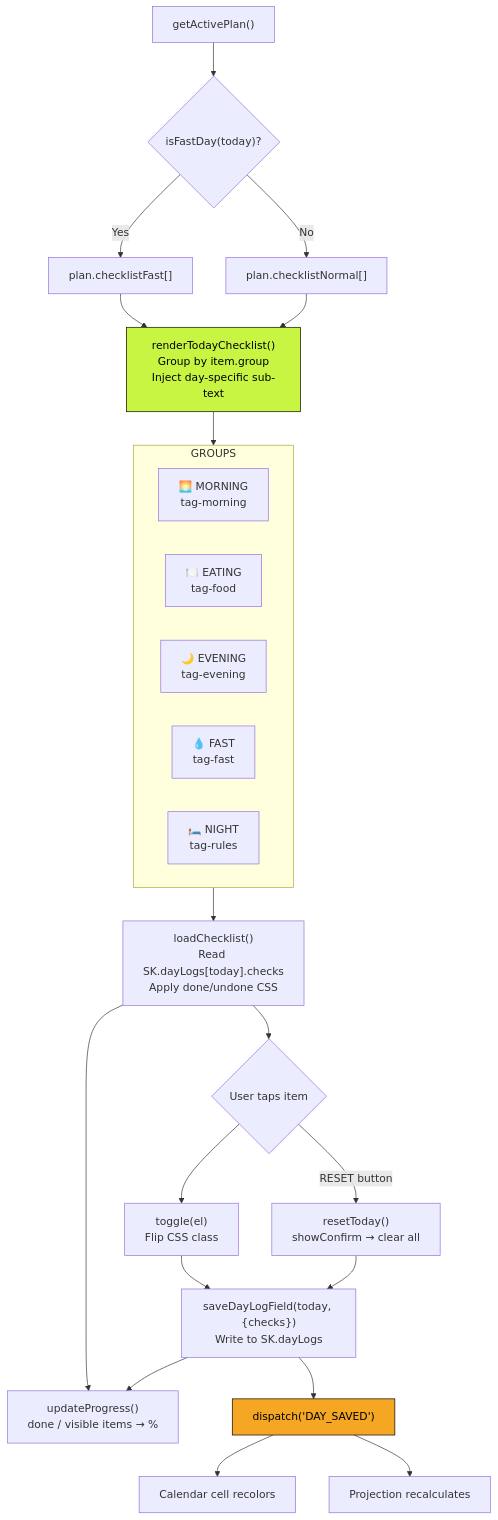
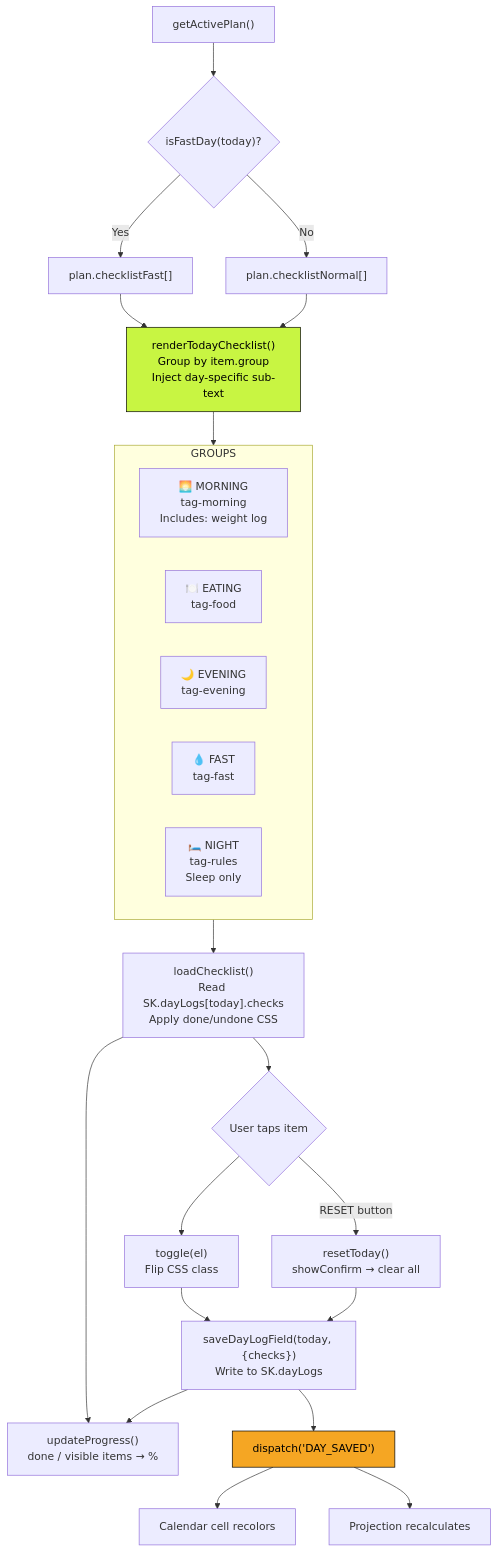
One commit to HIRAKHANJI/protocol-health changed the seventh of 19 diagrams in ARCHITECTURE.md. Above: the diagram before and after it, drawn with Mermaid. The commit also changed other lines of this file and 1 other file, not shown here.

First line of the commit message:
fix: goal calculator supports bulk/maintenance, radar visibility, weight log placement (v1.10.0)

````diff
--- a/ARCHITECTURE.md
+++ b/ARCHITECTURE.md
@@ -273,39 +273,39 @@
 ```mermaid
 flowchart TD
     PLAN["getActivePlan()"] --> FAST_CHECK{"isFastDay(today)?"}
 
     FAST_CHECK -->|"Yes"| FAST_LIST["plan.checklistFast[]"]
     FAST_CHECK -->|"No"| NORMAL_LIST["plan.checklistNormal[]"]
 
     FAST_LIST --> RENDER
     NORMAL_LIST --> RENDER
 
     RENDER["renderTodayChecklist()<br/>Group by item.group<br/>Inject day-specific sub-text"]
 
     RENDER --> GROUPS["Checklist Groups"]
     subgraph GROUPS
-        G1["🌅 MORNING<br/>tag-morning"]
+        G1["🌅 MORNING<br/>tag-morning<br/>Includes: weight log"]
         G2["🍽️ EATING<br/>tag-food"]
         G3["🌙 EVENING<br/>tag-evening"]
         G4["💧 FAST<br/>tag-fast"]
-        G5["🛏️ NIGHT<br/>tag-rules"]
+        G5["🛏️ NIGHT<br/>tag-rules<br/>Sleep only"]
     end
 
     GROUPS --> LOAD["loadChecklist()<br/>Read SK.dayLogs[today].checks<br/>Apply done/undone CSS"]
 
     LOAD --> PROGRESS["updateProgress()<br/>done / visible items → %"]
 
     LOAD --> USER_TAP{"User taps item"}
     USER_TAP --> TOGGLE["toggle(el)<br/>Flip CSS class"]
     TOGGLE --> SAVE["saveDayLogField(today, {checks})<br/>Write to SK.dayLogs"]
     SAVE --> PROGRESS
     SAVE --> DISPATCH["dispatch('DAY_SAVED')"]
     DISPATCH --> CALENDAR["Calendar cell recolors"]
     DISPATCH --> PROJECTION["Projection recalculates"]
 
     USER_TAP -->|"RESET button"| RESET["resetToday()<br/>showConfirm → clear all"]
     RESET --> SAVE
 
     style RENDER fill:#c8f542,stroke:#000,color:#000
     style DISPATCH fill:#f5a623,stroke:#000,color:#000
 ```
````
